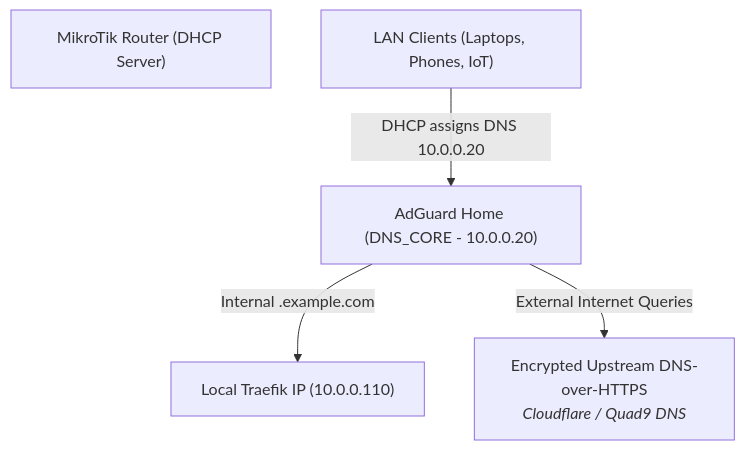
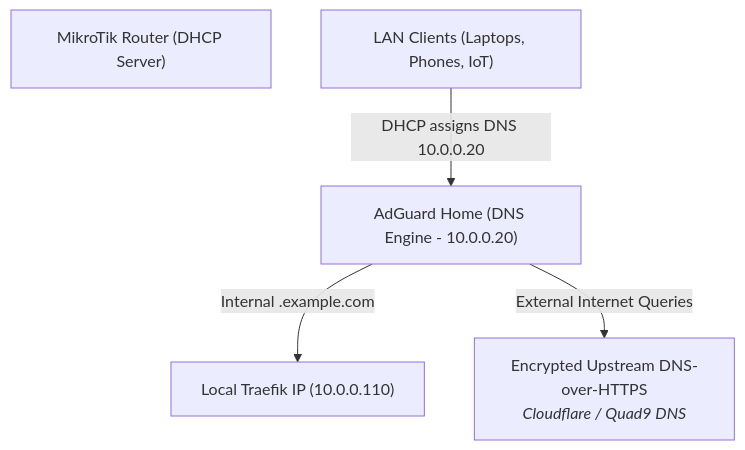
One commit to tamld/IaC changed the diagram in Docker/adguard-home/README.md. Above: the diagram before and after it, drawn with Mermaid. The commit also changed 1 other file, not shown here.

Commit message:
fix(sanitization): strip residual Service and Service VMID references from blueprint docs

````diff
--- a/Docker/adguard-home/README.md
+++ b/Docker/adguard-home/README.md
@@ -10,11 +10,11 @@
 ```mermaid
 flowchart TD
     Router["MikroTik Router (DHCP Server)"]
     Client["LAN Clients (Laptops, Phones, IoT)"]
-    AdGuard["AdGuard Home (DNS_CORE - 10.0.0.20)"]
+    AdGuard["AdGuard Home (DNS Engine - 10.0.0.20)"]
     DoH["Encrypted Upstream DNS-over-HTTPS<br/><i>Cloudflare / Quad9 DNS</i>"]
 
     Client -->|DHCP assigns DNS 10.0.0.20| AdGuard
     AdGuard -->|Internal .example.com| LocalIP["Local Traefik IP (10.0.0.110)"]
     AdGuard -->|External Internet Queries| DoH
 ```
````
